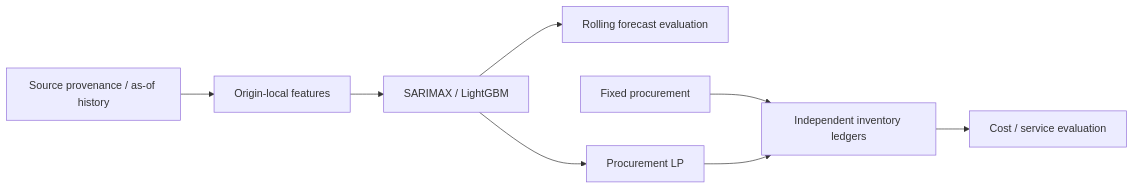
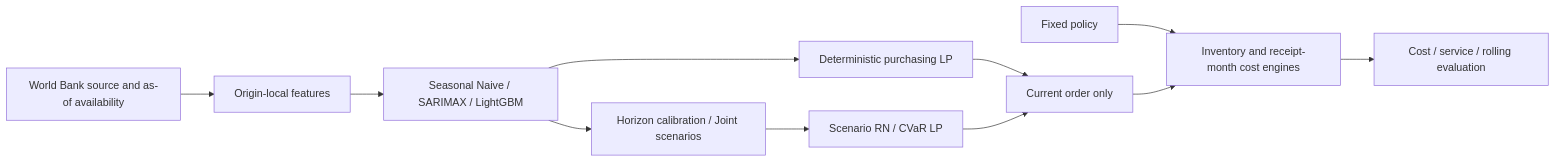
The diagram in README.md (influnix/food-commodity-procurement-intelligence), drawn with Mermaid before and after one commit. The commit also changed other lines of this file and 257 other files, not shown here.

Commit message:
refactor: consolidate portfolio into product-oriented architecture

````diff
--- a/README.md
+++ b/README.md
@@ -39,10 +13,13 @@
 ```mermaid
 flowchart LR
-  A[Source provenance / as-of history] --> B[Origin-local features]
-  B --> C[SARIMAX / LightGBM]
-  C --> D[Rolling forecast evaluation]
-  C --> E[Procurement LP]
-  F[Fixed procurement] --> G[Independent inventory ledgers]
-  E --> G
-  G --> H[Cost / service evaluation]
+  A[World Bank source and as-of availability] --> B[Origin-local features]
+  B --> C[Seasonal Naive / SARIMAX / LightGBM]
+  C --> D[Horizon calibration / Joint scenarios]
+  C --> E[Deterministic purchasing LP]
+  D --> F[Scenario RN / CVaR LP]
+  E --> G[Current order only]
+  F --> G
+  H[Fixed policy] --> I[Inventory and receipt-month cost engines]
+  G --> I
+  I --> J[Cost / service / rolling evaluation]
 ```
````
